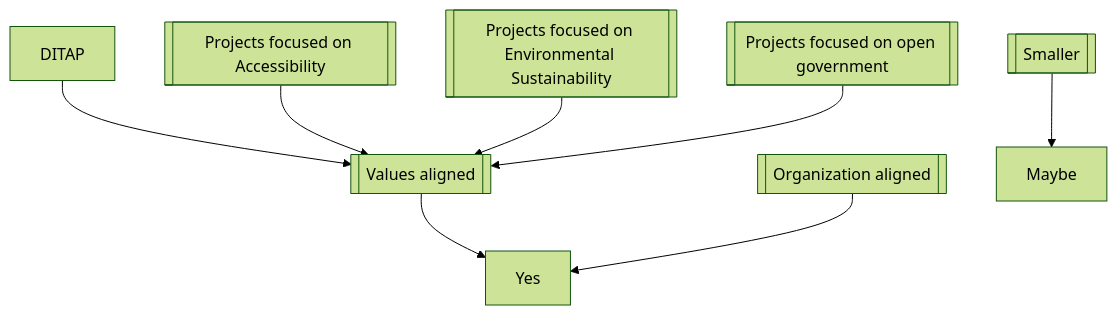
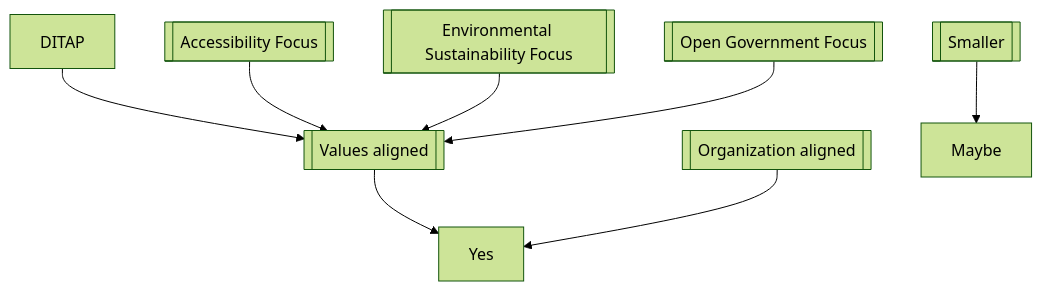
Before and after one commit to mgifford/mermaid-graphs: the second of 2 diagrams in impact.md, drawn with Mermaid (forest theme).

````diff
--- a/impact.md
+++ b/impact.md
@@ -26,10 +26,10 @@
 ```mermaid
 graph TD
    DITAP-->Tier1;
-   Accessibility[[Projects focused on Accessibility]]-->Tier1;
-   Sustainability[[Projects focused on Environmental Sustainability]]-->Tier1;
-   Open[[Projects focused on open government]]-->Tier1;
+   Accessibility[[Accessibility Focus]]-->Tier1;
+   Sustainability[[Environmental Sustainability Focus]]-->Tier1;
+   Open[[Open Government Focus]]-->Tier1;
    Tier1[[Values aligned]]-->Yes;
    Tier2[[Organization aligned]]-->Yes
    Tier3[[Smaller]]-->Maybe
 ```
````
